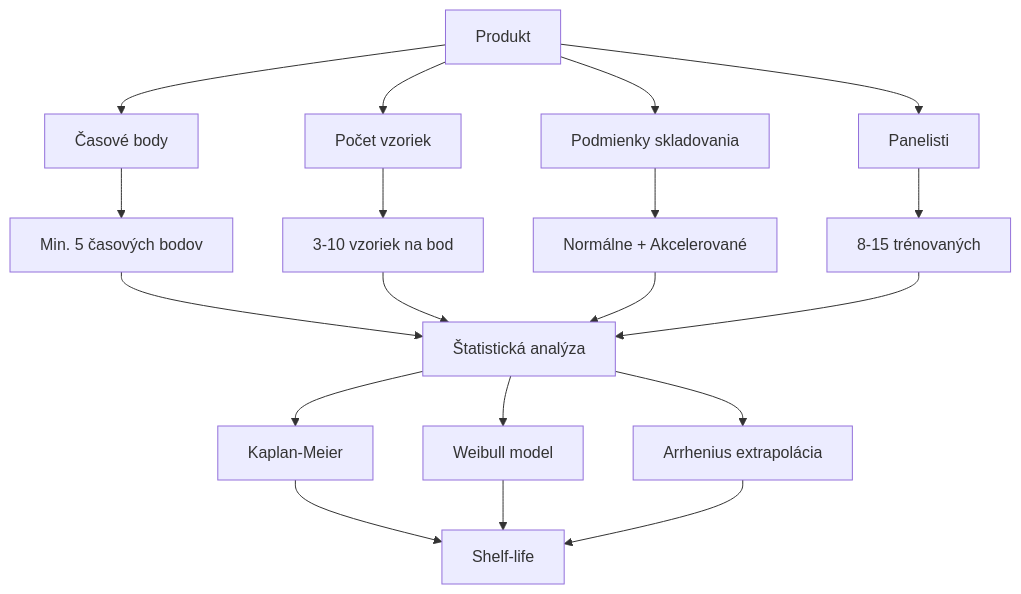
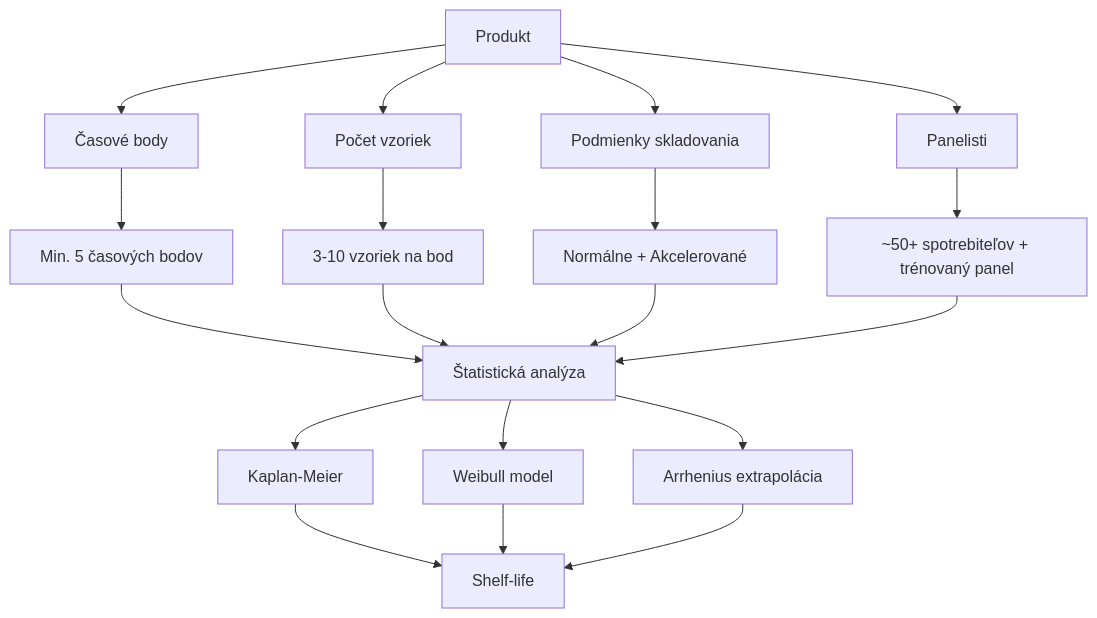
Before and after one commit to senzorika/SAP: the first of 2 diagrams in prezentacie/shelf_life.qmd, drawn with Mermaid. The commit also changed other lines of this file and 36 other files, not shown here.

````diff
--- a/prezentacie/shelf_life.qmd
+++ b/prezentacie/shelf_life.qmd
@@ -174,25 +176,25 @@
 ```mermaid
 flowchart TD
     A[Produkt] --> B[Časové body]
     A --> C[Počet vzoriek]
     A --> D[Podmienky skladovania]
     A --> E[Panelisti]
     
     B --> F[Min. 5 časových bodov]
     C --> G[3-10 vzoriek na bod]
     D --> H[Normálne + Akcelerované]
-    E --> I[8-15 trénovaných]
+    E --> I[~50+ spotrebiteľov + trénovaný panel]
     
     F --> J[Štatistická analýza]
     G --> J
     H --> J
     I --> J
     
     J --> K[Kaplan-Meier]
     J --> L[Weibull model]
     J --> M[Arrhenius extrapolácia]
     
     K --> N[Shelf-life]
     L --> N
     M --> N
 ```
````
